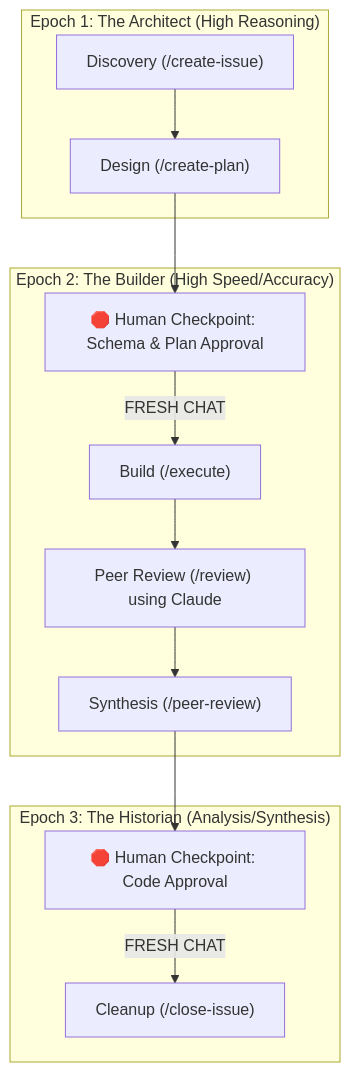
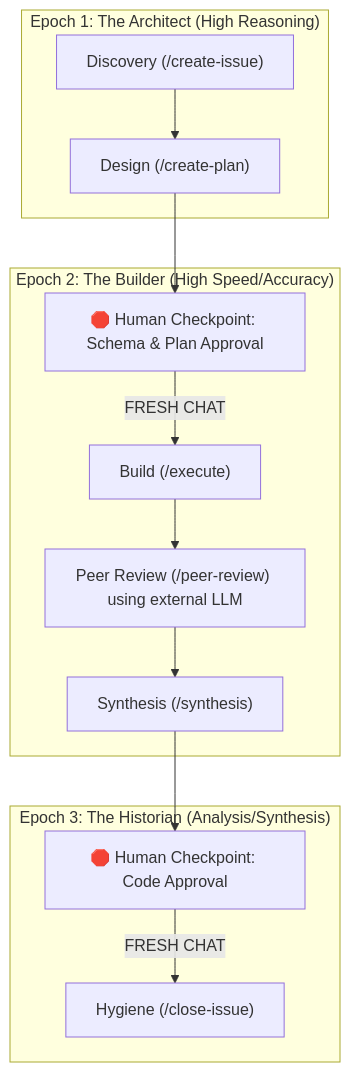
Before and after one commit to nickconstantinou/antigravity-workflows: the diagram in README.md, drawn with Mermaid. The commit also changed other lines of this file and 17 other files, not shown here.

````diff
--- a/README.md
+++ b/README.md
@@ -9,20 +9,20 @@
 ```mermaid
 graph TD
     subgraph "Epoch 1: The Architect (High Reasoning)"
         A["Discovery (/create-issue)"] --> B["Design (/create-plan)"]
     end
     
     B --> CP1["🛑 Human Checkpoint: Schema & Plan Approval"]
     
     subgraph "Epoch 2: The Builder (High Speed/Accuracy)"
         CP1 -->|FRESH CHAT| C["Build (/execute)"]
-        C --> D["Peer Review (/review) using Claude"]
-        D --> E["Synthesis (/peer-review)"]
+        C --> D["Peer Review (/peer-review) using external LLM"]
+        D --> E["Synthesis (/synthesis)"]
     end
     
     E --> CP2["🛑 Human Checkpoint: Code Approval"]
     
     subgraph "Epoch 3: The Historian (Analysis/Synthesis)"
-        CP2 -->|FRESH CHAT| F["Cleanup (/close-issue)"]
+        CP2 -->|FRESH CHAT| F["Hygiene (/close-issue)"]
     end
 ```
````
